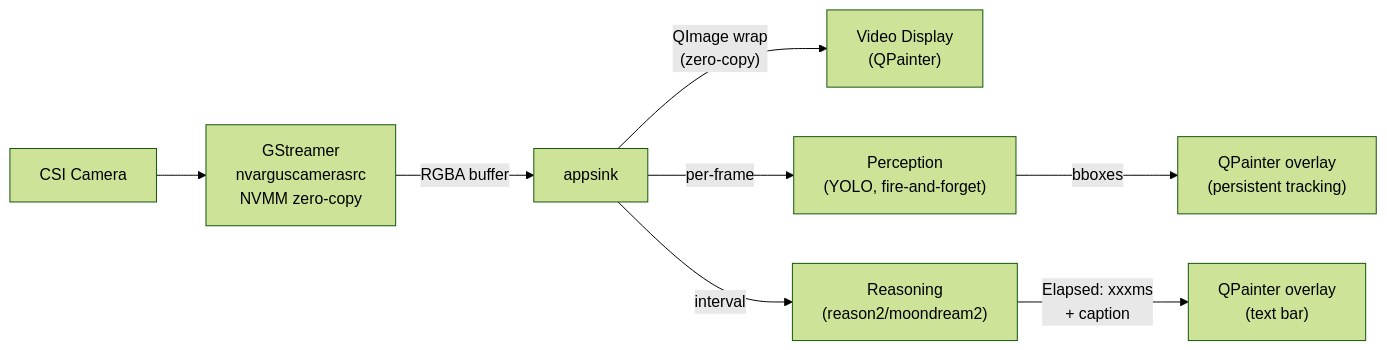
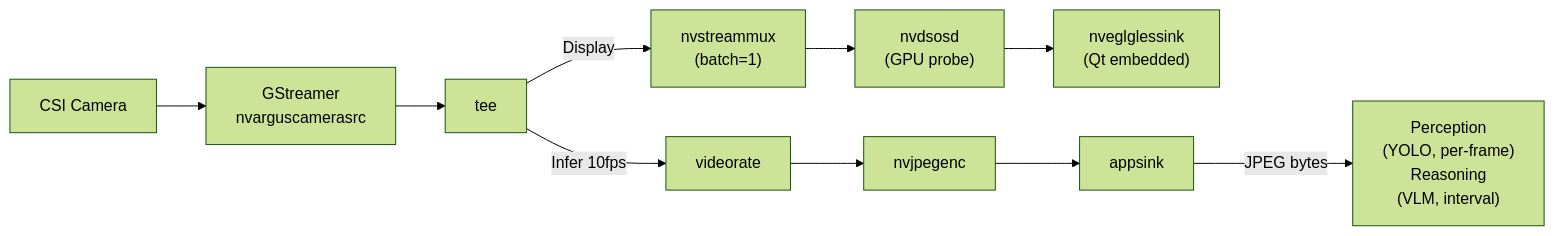
One commit to ccbruce0812/nikko-vlm-webui changed the third of 4 diagrams in pyside6-gui.md. Above: the diagram before and after it, drawn with Mermaid (forest theme). The commit also changed other lines of this file and 1 other file, not shown here.

````diff
--- a/pyside6-gui.md
+++ b/pyside6-gui.md
@@ -79,13 +79,14 @@
 ```mermaid
 flowchart LR
-    CSI["CSI Camera"] --> GST["GStreamer<br/>nvarguscamerasrc<br/>NVMM zero-copy"]
-    GST -->|"RGBA buffer"| App["appsink"]
+    CSI["CSI Camera"] --> GST["GStreamer<br/>nvarguscamerasrc"]
+    GST --> Tee["tee"]
 
-    App -->|"QImage wrap<br/>(zero-copy)"| Display["Video Display<br/>(QPainter)"]
+    Tee -->|"Display"| Mux["nvstreammux<br/>(batch=1)"]
+    Mux --> OSD["nvdsosd<br/>(GPU probe)"]
+    OSD --> EGL["nveglglessink<br/>(Qt embedded)"]
 
-    App -->|"per-frame"| YOLO["Perception<br/>(YOLO, fire-and-forget)"]
-    YOLO -->|"bboxes"| YDraw["QPainter overlay<br/>(persistent tracking)"]
-
-    App -->|"interval"| VLM["Reasoning<br/>(reason2/moondream2)"]
-    VLM -->|"Elapsed: xxxms<br/>+ caption"| CDraw["QPainter overlay<br/>(text bar)"]
+    Tee -->|"Infer 10fps"| Rate["videorate"]
+    Rate --> JPEG["nvjpegenc"]
+    JPEG --> App["appsink"]
+    App -->|"JPEG bytes"| AI["Perception<br/>(YOLO, per-frame)<br/>Reasoning<br/>(VLM, interval)"]
 ```
````
